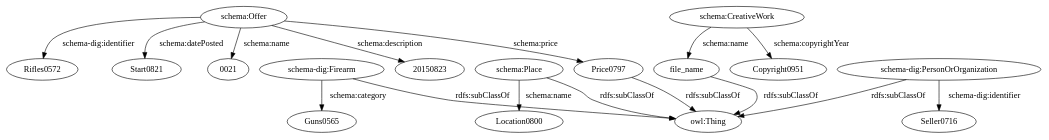
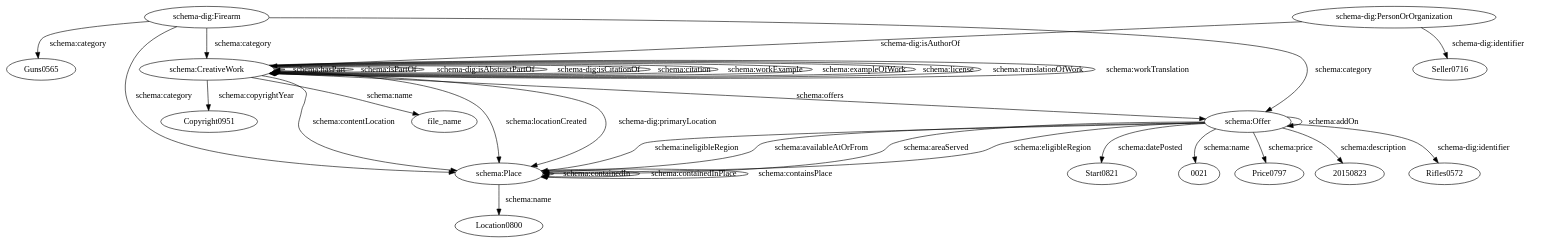
Before and after one commit to giuseppefutia/semi: the diagram in data/taheriyan2016/task_04/semantic_models/plausibles/dot/floridaguntrader.dot, drawn with Graphviz. The commit also changed 119 other files, not shown here.

```diff
--- a/data/taheriyan2016/task_04/semantic_models/plausibles/dot/floridaguntrader.dot
+++ b/data/taheriyan2016/task_04/semantic_models/plausibles/dot/floridaguntrader.dot
@@ -1,33 +1,53 @@
 digraph {
   "20150823" [type=attribute_name,label="20150823"]
   Guns0565 [type=attribute_name,label=Guns0565]
   "schema-dig:Firearm1" [type=class_uri,label="schema-dig:Firearm"]
   Seller0716 [type=attribute_name,label=Seller0716]
   "schema-dig:PersonOrOrganization1" [type=class_uri,label="schema-dig:PersonOrOrganization"]
   Copyright0951 [type=attribute_name,label=Copyright0951]
   "schema:CreativeWork1" [type=class_uri,label="schema:CreativeWork"]
   file_name [type=attribute_name,label=file_name]
   Rifles0572 [type=attribute_name,label=Rifles0572]
   "schema:Offer1" [type=class_uri,label="schema:Offer"]
   Start0821 [type=attribute_name,label=Start0821]
   "0021" [type=attribute_name,label="0021"]
   Price0797 [type=attribute_name,label=Price0797]
   Location0800 [type=attribute_name,label=Location0800]
   "schema:Place1" [type=class_uri,label="schema:Place"]
-  "owl:Thing" [type=special,label="owl:Thing"]
   "schema-dig:Firearm1" -> Guns0565 [label="schema:category",type=st_property_uri]
   "schema-dig:PersonOrOrganization1" -> Seller0716 [label="schema-dig:identifier",type=st_property_uri]
   "schema:CreativeWork1" -> Copyright0951 [label="schema:copyrightYear",type=st_property_uri]
   "schema:CreativeWork1" -> file_name [label="schema:name",type=st_property_uri]
   "schema:Offer1" -> Rifles0572 [label="schema-dig:identifier",type=st_property_uri]
   "schema:Offer1" -> Start0821 [label="schema:datePosted",type=st_property_uri]
   "schema:Offer1" -> "20150823" [label="schema:description",type=st_property_uri]
   "schema:Offer1" -> "0021" [label="schema:name",type=st_property_uri]
   "schema:Offer1" -> Price0797 [label="schema:price",type=st_property_uri]
   "schema:Place1" -> Location0800 [label="schema:name",type=st_property_uri]
-  Price0797 -> "owl:Thing" [label="rdfs:subClassOf",type=inherited,weight=0.3333333333333333]
-  "schema-dig:Firearm1" -> "owl:Thing" [label="rdfs:subClassOf",type=inherited,weight=0.3333333333333333]
-  "schema-dig:PersonOrOrganization1" -> "owl:Thing" [label="rdfs:subClassOf",type=inherited,weight=0.3333333333333333]
-  file_name -> "owl:Thing" [label="rdfs:subClassOf",type=inherited,weight=0.3333333333333333]
-  "schema:Place1" -> "owl:Thing" [label="rdfs:subClassOf",type=inherited,weight=0.3333333333333333]
+  "schema-dig:PersonOrOrganization1" -> "schema:CreativeWork1" [label="schema-dig:isAuthorOf",type=direct_property_uri,weight=1]
+  "schema:CreativeWork1" -> "schema:CreativeWork1" [label="schema:hasPart",type=direct_property_uri,weight=1]
+  "schema:CreativeWork1" -> "schema:CreativeWork1" [label="schema:isPartOf",type=direct_property_uri,weight=1]
+  "schema:CreativeWork1" -> "schema:CreativeWork1" [label="schema-dig:isAbstractPartOf",type=direct_property_uri,weight=1]
+  "schema:CreativeWork1" -> "schema:CreativeWork1" [label="schema-dig:isCitationOf",type=direct_property_uri,weight=1]
+  "schema:CreativeWork1" -> "schema:CreativeWork1" [label="schema:citation",type=direct_property_uri,weight=1]
+  "schema:CreativeWork1" -> "schema:CreativeWork1" [label="schema:workExample",type=direct_property_uri,weight=1]
+  "schema:CreativeWork1" -> "schema:CreativeWork1" [label="schema:exampleOfWork",type=direct_property_uri,weight=1]
+  "schema:CreativeWork1" -> "schema:CreativeWork1" [label="schema:license",type=direct_property_uri,weight=1]
+  "schema:CreativeWork1" -> "schema:CreativeWork1" [label="schema:translationOfWork",type=direct_property_uri,weight=1]
+  "schema:CreativeWork1" -> "schema:CreativeWork1" [label="schema:workTranslation",type=direct_property_uri,weight=1]
+  "schema:CreativeWork1" -> "schema:Offer1" [label="schema:offers",type=direct_property_uri,weight=1]
+  "schema:CreativeWork1" -> "schema:Place1" [label="schema:locationCreated",type=direct_property_uri,weight=1]
+  "schema:CreativeWork1" -> "schema:Place1" [label="schema-dig:primaryLocation",type=direct_property_uri,weight=1]
+  "schema:CreativeWork1" -> "schema:Place1" [label="schema:contentLocation",type=direct_property_uri,weight=1]
+  "schema:Offer1" -> "schema:Offer1" [label="schema:addOn",type=direct_property_uri,weight=1]
+  "schema:Offer1" -> "schema:Place1" [label="schema:ineligibleRegion",type=direct_property_uri,weight=1]
+  "schema:Offer1" -> "schema:Place1" [label="schema:availableAtOrFrom",type=direct_property_uri,weight=1]
+  "schema:Offer1" -> "schema:Place1" [label="schema:areaServed",type=direct_property_uri,weight=1]
+  "schema:Offer1" -> "schema:Place1" [label="schema:eligibleRegion",type=direct_property_uri,weight=1]
+  "schema:Place1" -> "schema:Place1" [label="schema:containedIn",type=direct_property_uri,weight=1]
+  "schema:Place1" -> "schema:Place1" [label="schema:containedInPlace",type=direct_property_uri,weight=1]
+  "schema:Place1" -> "schema:Place1" [label="schema:containsPlace",type=direct_property_uri,weight=1]
+  "schema-dig:Firearm1" -> "schema:CreativeWork1" [label="schema:category",type=inherited,weight=4]
+  "schema-dig:Firearm1" -> "schema:Offer1" [label="schema:category",type=inherited,weight=4]
+  "schema-dig:Firearm1" -> "schema:Place1" [label="schema:category",type=inherited,weight=4]
 }
```
